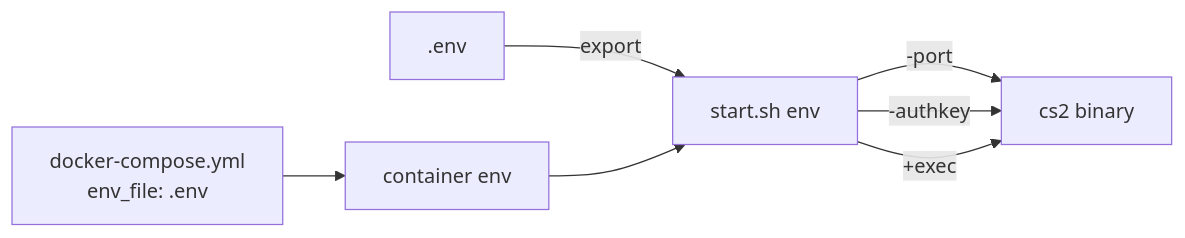
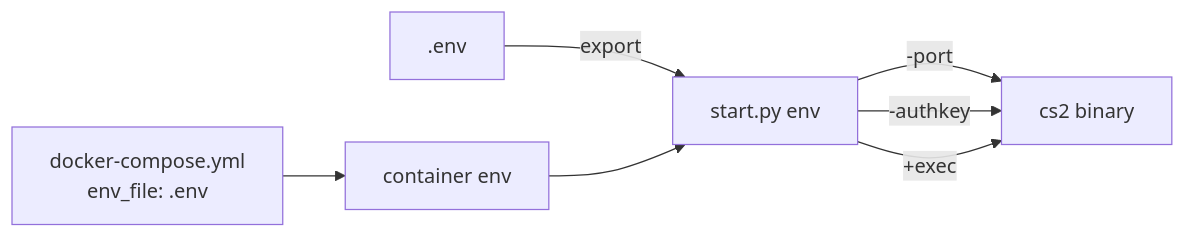
The second of 2 diagrams in docs/05-config-system.md (vinnedev/cs2-linux-server), drawn with Mermaid before and after one commit. The commit also changed other lines of this file and 92 other files, not shown here.

````diff
--- a/docs/05-config-system.md
+++ b/docs/05-config-system.md
@@ -59,9 +59,9 @@
 ```mermaid
 flowchart LR
-    EnvFile[".env"] -->|export| Shell[start.sh env]
+    EnvFile[".env"] -->|export| Shell[start.py env]
     Shell -->|-port| CS2[cs2 binary]
     Shell -->|-authkey| CS2
     Shell -->|+exec| CS2
     ComposeFile["docker-compose.yml<br/>env_file: .env"] --> Container[container env]
     Container --> Shell
 ```
````
